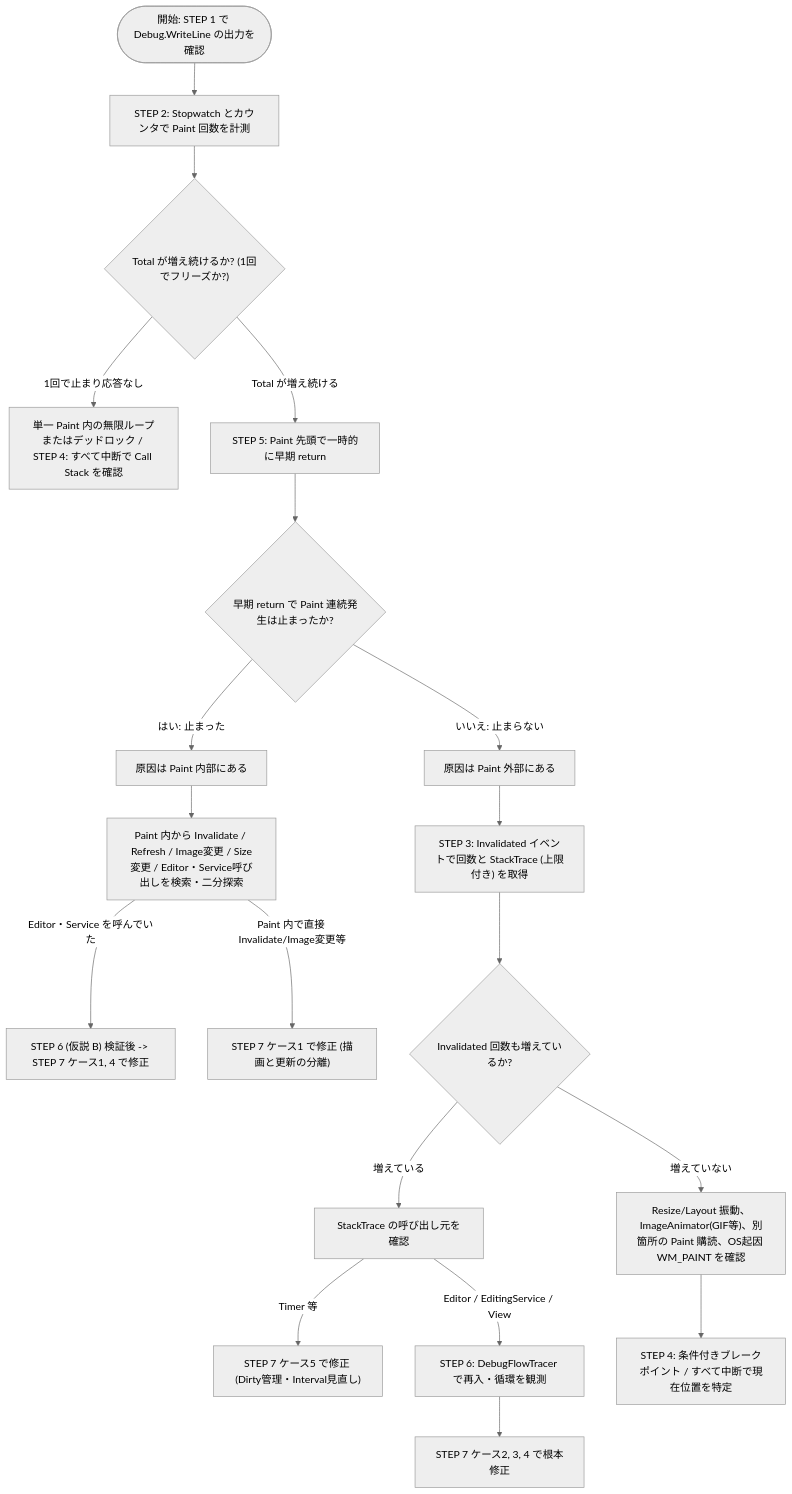
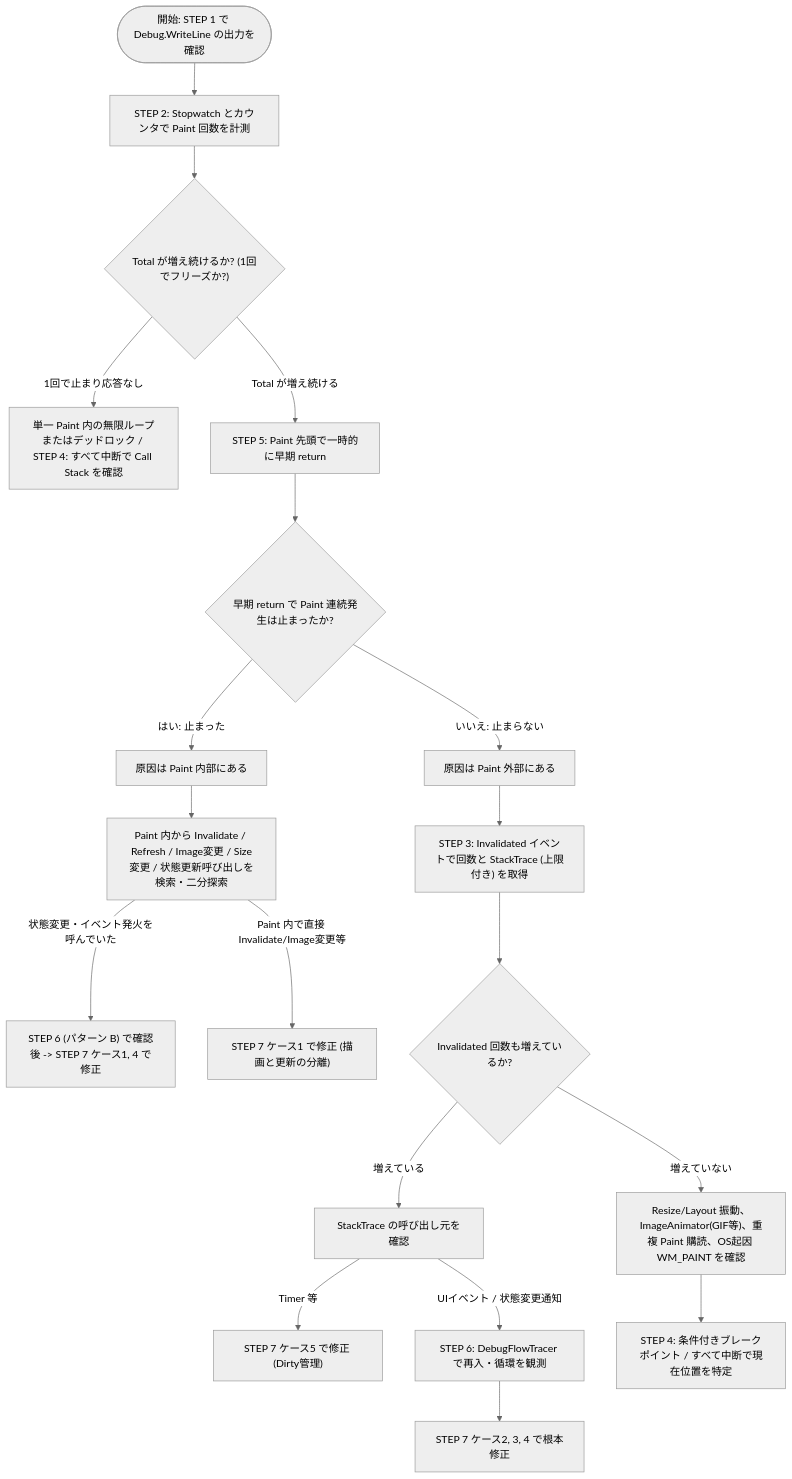
Before and after one commit to fuddt/Csharp: the fourth of 4 diagrams in docs/debugging/winforms-picturebox-paint-investigation.md, drawn with Mermaid (neutral theme). The commit also changed other lines of this file, not shown here.

Commit message:
docs: refocus WinForms Paint guide on debugging steps

````diff
--- a/docs/debugging/winforms-picturebox-paint-investigation.md
+++ b/docs/debugging/winforms-picturebox-paint-investigation.md
@@ -1093,27 +882,27 @@
 ```mermaid
 flowchart TD
     Start(["開始: STEP 1 で Debug.WriteLine の出力を確認"]) --> Step2["STEP 2: Stopwatch とカウンタで Paint 回数を計測"]
     Step2 --> CheckLoop{"Total が増え続けるか? (1回でフリーズか?)"}
 
     CheckLoop -->|"1回で止まり応答なし"| SingleLoop["単一 Paint 内の無限ループまたはデッドロック / STEP 4: すべて中断で Call Stack を確認"]
     CheckLoop -->|"Total が増え続ける"| Step5["STEP 5: Paint 先頭で一時的に早期 return"]
 
     Step5 --> CheckEmpty{"早期 return で Paint 連続発生は止まったか?"}
 
     CheckEmpty -->|"はい: 止まった"| InsidePaint["原因は Paint 内部にある"]
-    InsidePaint --> CheckInside["Paint 内から Invalidate / Refresh / Image変更 / Size変更 / Editor・Service呼び出しを検索・二分探索"]
-    CheckInside -->|"Editor・Service を呼んでいた"| HypB["STEP 6 (仮説 B) 検証後 -> STEP 7 ケース1, 4 で修正"]
+    InsidePaint --> CheckInside["Paint 内から Invalidate / Refresh / Image変更 / Size変更 / 状態更新呼び出しを検索・二分探索"]
+    CheckInside -->|"状態変更・イベント発火を呼んでいた"| HypB["STEP 6 (パターン B) で確認後 -> STEP 7 ケース1, 4 で修正"]
     CheckInside -->|"Paint 内で直接 Invalidate/Image変更等"| FixCase1["STEP 7 ケース1 で修正 (描画と更新の分離)"]
 
     CheckEmpty -->|"いいえ: 止まらない"| OutsidePaint["原因は Paint 外部にある"]
     OutsidePaint --> Step3["STEP 3: Invalidated イベントで回数と StackTrace (上限付き) を取得"]
 
     Step3 --> CheckInv{"Invalidated 回数も増えているか?"}
     CheckInv -->|"増えている"| CheckStack["StackTrace の呼び出し元を確認"]
-    CheckStack -->|"Timer 等"| FixTimer["STEP 7 ケース5 で修正 (Dirty管理・Interval見直し)"]
-    CheckStack -->|"Editor / EditingService / View"| Step6["STEP 6: DebugFlowTracer で再入・循環を観測"]
+    CheckStack -->|"Timer 等"| FixTimer["STEP 7 ケース5 で修正 (Dirty管理)"]
+    CheckStack -->|"UIイベント / 状態変更通知"| Step6["STEP 6: DebugFlowTracer で再入・循環を観測"]
     Step6 --> FixCycle["STEP 7 ケース2, 3, 4 で根本修正"]
 
-    CheckInv -->|"増えていない"| CheckOS["Resize/Layout 振動、ImageAnimator(GIF等)、別箇所の Paint 購読、OS起因 WM_PAINT を確認"]
+    CheckInv -->|"増えていない"| CheckOS["Resize/Layout 振動、ImageAnimator(GIF等)、重複 Paint 購読、OS起因 WM_PAINT を確認"]
     CheckOS --> Step4Break["STEP 4: 条件付きブレークポイント / すべて中断で現在位置を特定"]
 ```
````
